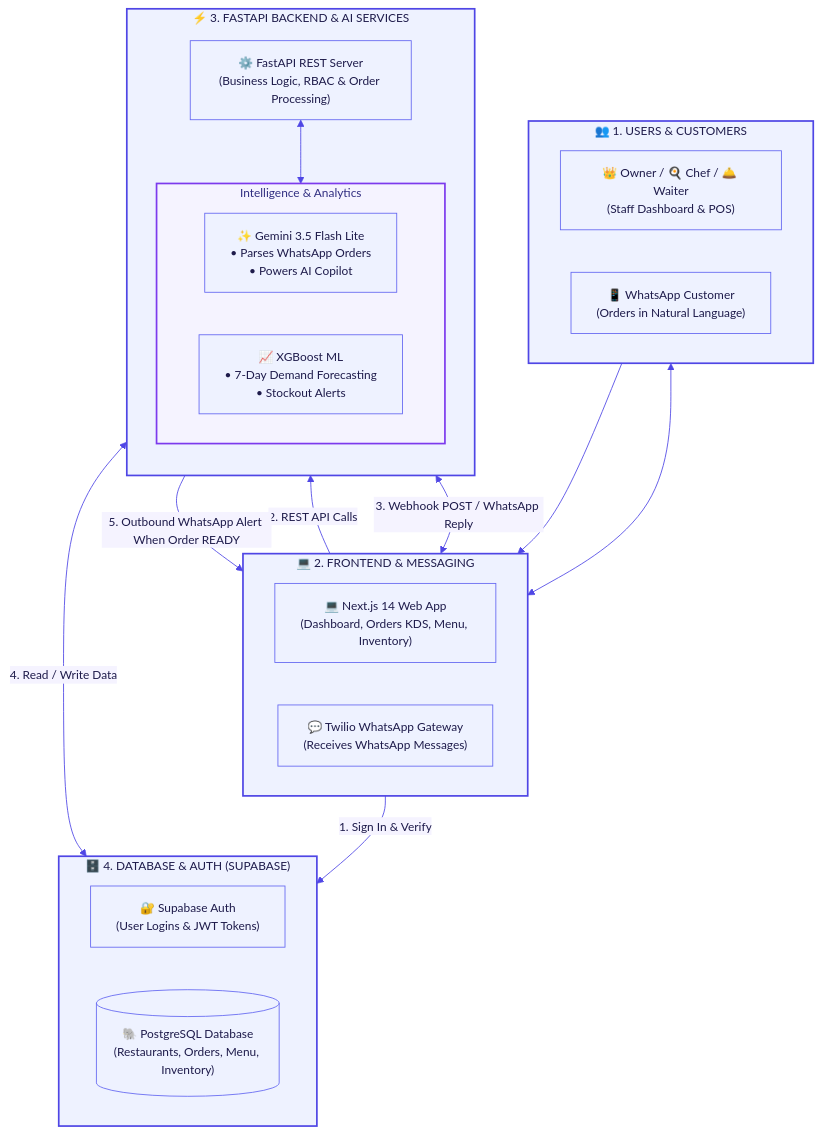
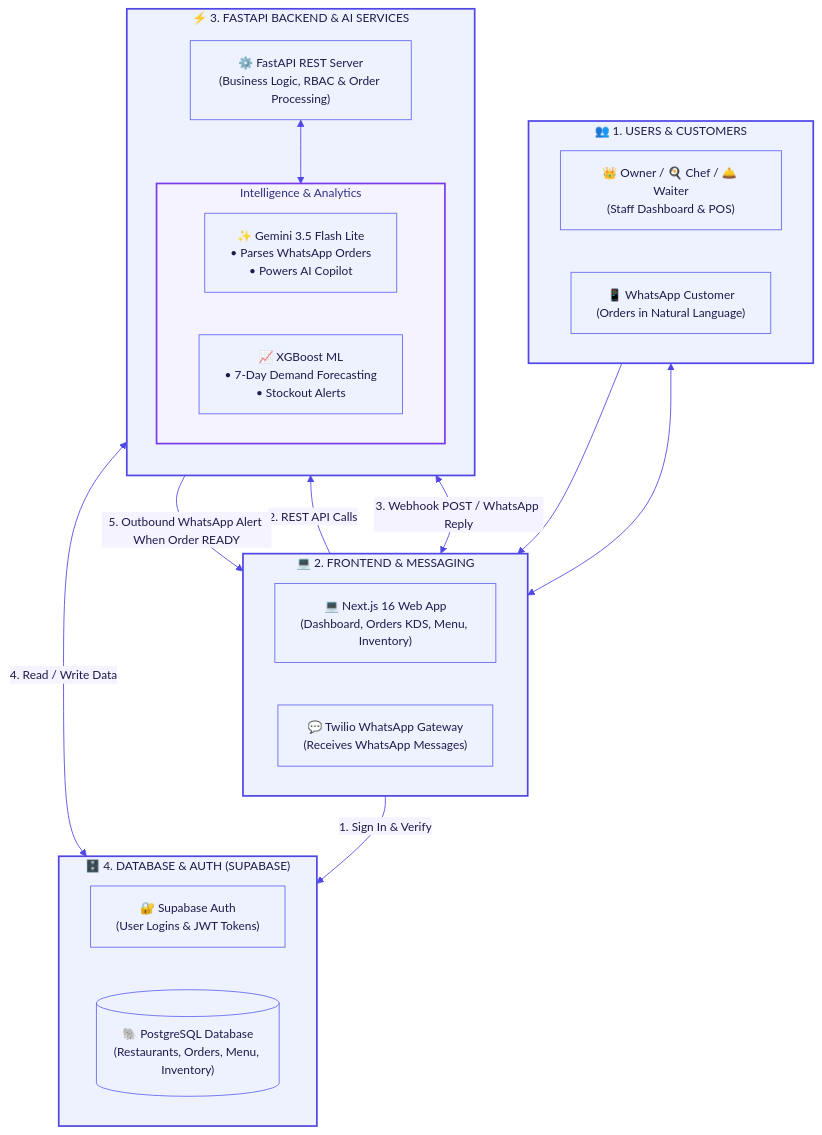
One commit to saad4228/Rasoi-Saathi changed the first of 5 diagrams in README.md. Above: the diagram before and after it, drawn with Mermaid. The commit also changed other lines of this file and 89 other files, not shown here.

````diff
--- a/README.md
+++ b/README.md
@@ -39,53 +58,53 @@
 ```mermaid
 %%{init: {'theme': 'base', 'themeVariables': { 'primaryColor': '#EEF2FF', 'primaryTextColor': '#1E1B4B', 'primaryBorderColor': '#6366F1', 'lineColor': '#4F46E5', 'secondaryColor': '#F5F3FF', 'tertiaryColor': '#FAFAFA', 'fontSize': '14px'}}}%%
 flowchart TD
     %% Section 1: Who Uses It
     subgraph USERS ["👥 1. USERS & CUSTOMERS"]
         direction LR
         Staff["👑 Owner / 🍳 Chef / 🛎️ Waiter\n(Staff Dashboard & POS)"]
         Customer["📱 WhatsApp Customer\n(Orders in Natural Language)"]
     end
 
     %% Section 2: Frontend & Gateways
     subgraph INGRESS ["💻 2. FRONTEND & MESSAGING"]
         direction LR
-        NextApp["💻 Next.js 14 Web App\n(Dashboard, Orders KDS, Menu, Inventory)"]
+        NextApp["💻 Next.js 16 Web App\n(Dashboard, Orders KDS, Menu, Inventory)"]
         TwilioWA["💬 Twilio WhatsApp Gateway\n(Receives WhatsApp Messages)"]
     end
 
     %% Section 3: Core Backend
     subgraph BACKEND ["⚡ 3. FASTAPI BACKEND & AI SERVICES"]
         direction TB
         API["⚙️ FastAPI REST Server\n(Business Logic, RBAC & Order Processing)"]
         
         subgraph ENGINES ["Intelligence & Analytics"]
             direction LR
             Gemini["✨ Gemini 3.5 Flash Lite\n• Parses WhatsApp Orders\n• Powers AI Copilot"]
             XGBoost["📈 XGBoost ML\n• 7-Day Demand Forecasting\n• Stockout Alerts"]
         end
         API <--> ENGINES
     end
 
     %% Section 4: Data & Identity
     subgraph STORAGE ["🗄️ 4. DATABASE & AUTH (SUPABASE)"]
         direction LR
         SupaAuth["🔐 Supabase Auth\n(User Logins & JWT Tokens)"]
         PostgresDB[("🐘 PostgreSQL Database\n(Restaurants, Orders, Menu, Inventory)")]
     end
 
     %% Simple Clear Connections
     Staff --> NextApp
     Customer <--> TwilioWA
 
     NextApp -->|1. Sign In & Verify| SupaAuth
     NextApp -->|2. REST API Calls| API
     TwilioWA <-->|3. Webhook POST / WhatsApp Reply| API
 
     API <-->|4. Read / Write Data| PostgresDB
     API -->|5. Outbound WhatsApp Alert When Order READY| TwilioWA
 
     classDef primary fill:#EEF2FF,stroke:#4F46E5,stroke-width:2px,color:#1E1B4B;
     classDef secondary fill:#F5F3FF,stroke:#7C3AED,stroke-width:2px,color:#312E81;
     class USERS,INGRESS,BACKEND,STORAGE primary;
     class ENGINES secondary;
 ```
````
